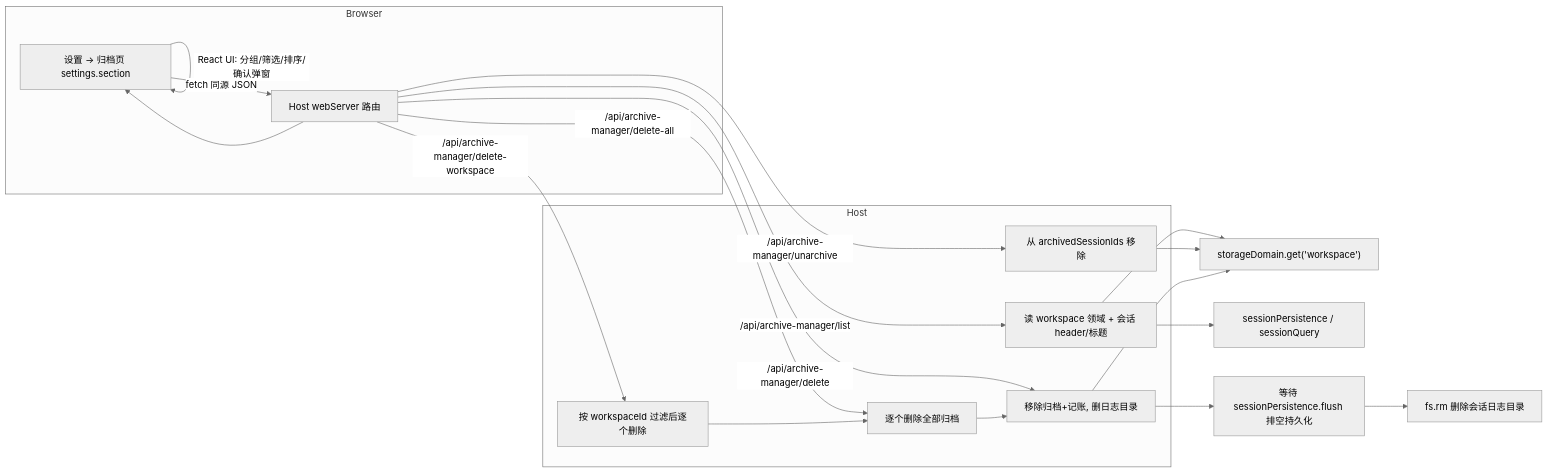
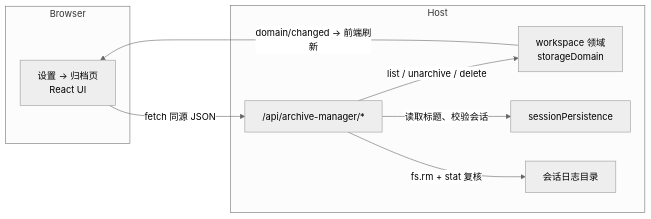
Before and after one commit to Ycet/dsh-archive-manager: the diagram in README.md, drawn with Mermaid (neutral theme). The commit also changed other lines of this file and 5 other files, not shown here.

First line of the commit message:
feat(archive): add session name hover tooltip

````diff
--- a/README.md
+++ b/README.md
@@ -148,25 +151,17 @@
 ```mermaid
 flowchart LR
     subgraph Browser
-        A["设置 → 归档页 settings.section"] -->|"fetch 同源 JSON"| R
-        A -->|"React UI: 分组/筛选/排序/确认弹窗"| A
-        R["Host webServer 路由"] --> A
+        UI["设置 → 归档页<br/>React UI"]
     end
-
     subgraph Host
-        R -->|"/api/archive-manager/list"| H1["读 workspace 领域 + 会话 header/标题"]
-        R -->|"/api/archive-manager/unarchive"| H2["从 archivedSessionIds 移除"]
-        R -->|"/api/archive-manager/delete"| H3["移除归档+记账, 删日志目录"]
-        R -->|"/api/archive-manager/delete-all"| H4["逐个删除全部归档"]
-        R -->|"/api/archive-manager/delete-workspace"| H5["按 workspaceId 过滤后逐个删除"]
+        R["/api/archive-manager/*"]
+        WS["workspace 领域<br/>storageDomain"]
+        SP["sessionPersistence"]
+        FS["会话日志目录"]
     end
-
-    H1 --> WS["storageDomain.get('workspace')"]
-    H1 --> SP["sessionPersistence / sessionQuery"]
-    H2 --> WS
-    H3 --> WS
-    H3 --> FL["等待 sessionPersistence.flush 排空持久化"]
-    FL --> FS["fs.rm 删除会话日志目录"]
-    H4 --> H3
-    H5 --> H4
+    UI -->|"fetch 同源 JSON"| R
+    R -->|"list / unarchive / delete"| WS
+    R -->|"读取标题、校验会话"| SP
+    R -->|"fs.rm + stat 复核"| FS
+    WS -->|"domain/changed → 前端刷新"| UI
 ```
````
